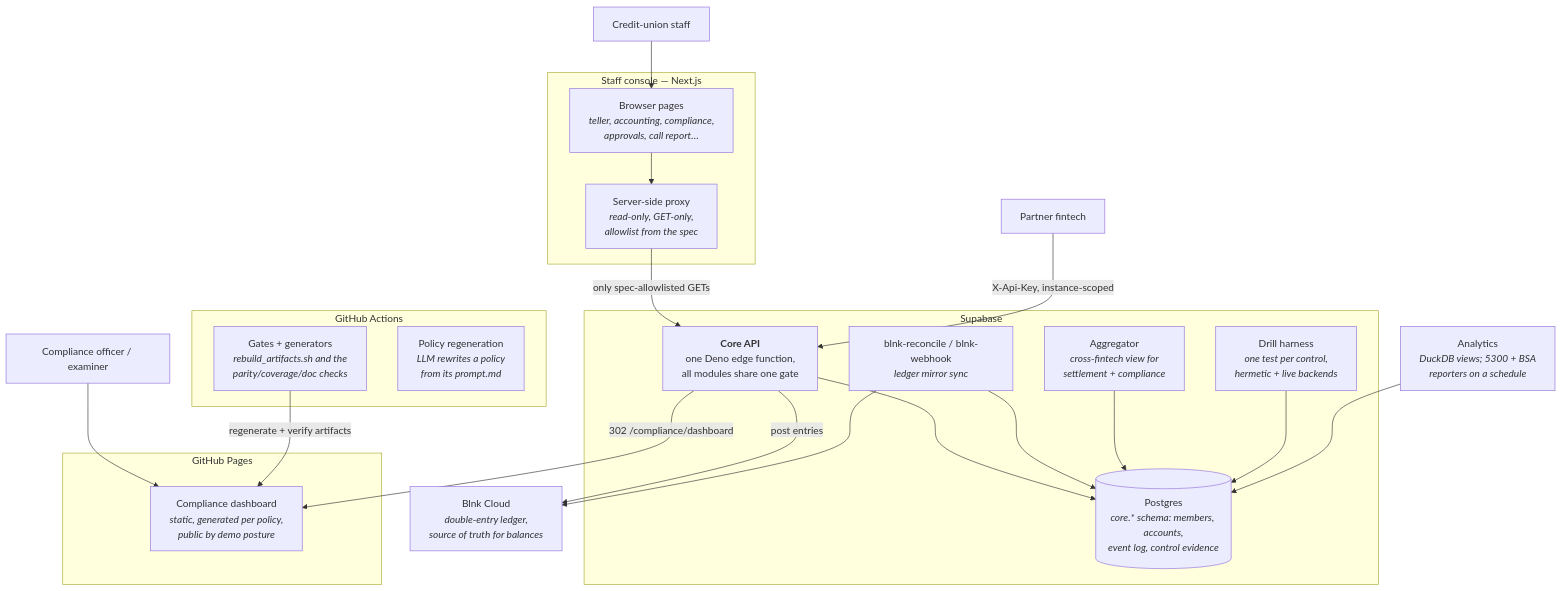
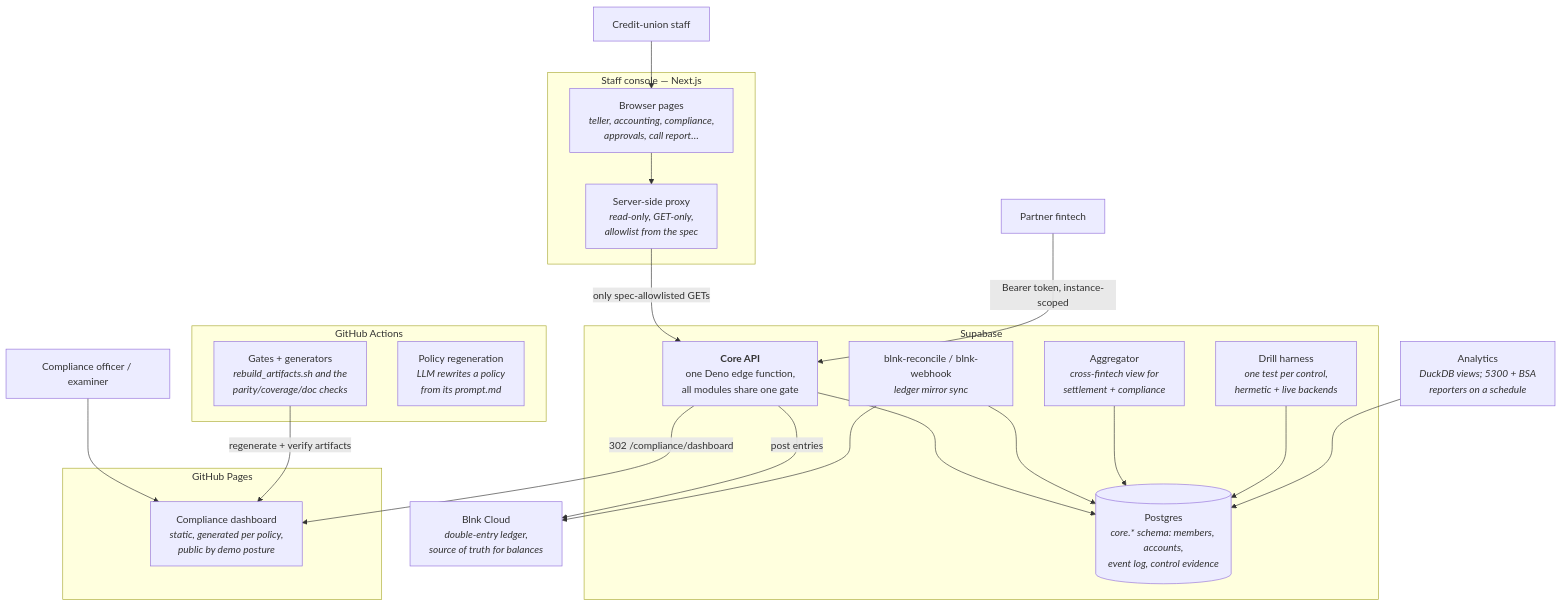
One commit to Cassandra-Labs-Foundation/pynthia-policies-and-procedures changed the diagram in docs/architecture/containers.md. Above: the diagram before and after it, drawn with Mermaid. The commit also changed 19 other files, not shown here.

````diff
--- a/docs/architecture/containers.md
+++ b/docs/architecture/containers.md
@@ -7,47 +7,47 @@
 ```mermaid
 flowchart TB
     staff["Credit-union staff"]
     partner["Partner fintech"]
     officer["Compliance officer / examiner"]
 
     subgraph vercelish [Staff console — Next.js]
         pages["Browser pages<br/><i>teller, accounting, compliance,<br/>approvals, call report…</i>"]
         proxy["Server-side proxy<br/><i>read-only, GET-only,<br/>allowlist from the spec</i>"]
     end
 
     subgraph supabase [Supabase]
         api["<b>Core API</b><br/>one Deno edge function,<br/>all modules share one gate"]
         pg[("Postgres<br/><i>core.* schema: members, accounts,<br/>event log, control evidence</i>")]
         agg["Aggregator<br/><i>cross-fintech view for<br/>settlement + compliance</i>"]
         recon["blnk-reconcile / blnk-webhook<br/><i>ledger mirror sync</i>"]
         drill["Drill harness<br/><i>one test per control,<br/>hermetic + live backends</i>"]
     end
 
     blnk["Blnk Cloud<br/><i>double-entry ledger,<br/>source of truth for balances</i>"]
 
     subgraph ghp [GitHub Pages]
         dash["Compliance dashboard<br/><i>static, generated per policy,<br/>public by demo posture</i>"]
     end
 
     subgraph gha [GitHub Actions]
         gates["Gates + generators<br/><i>rebuild_artifacts.sh and the<br/>parity/coverage/doc checks</i>"]
         regen["Policy regeneration<br/><i>LLM rewrites a policy<br/>from its prompt.md</i>"]
     end
 
     analytics["Analytics<br/><i>DuckDB views; 5300 + BSA<br/>reporters on a schedule</i>"]
 
     staff --> pages
     pages --> proxy
     proxy -->|"only spec-allowlisted GETs"| api
-    partner -->|"X-Api-Key, instance-scoped"| api
+    partner -->|"Bearer token, instance-scoped"| api
     api --> pg
     api -->|"post entries"| blnk
     recon --> blnk
     recon --> pg
     agg --> pg
     drill --> pg
     officer --> dash
     api -->|"302 /compliance/dashboard"| dash
     analytics --> pg
     gates -->|"regenerate + verify artifacts"| dash
 ```
````
